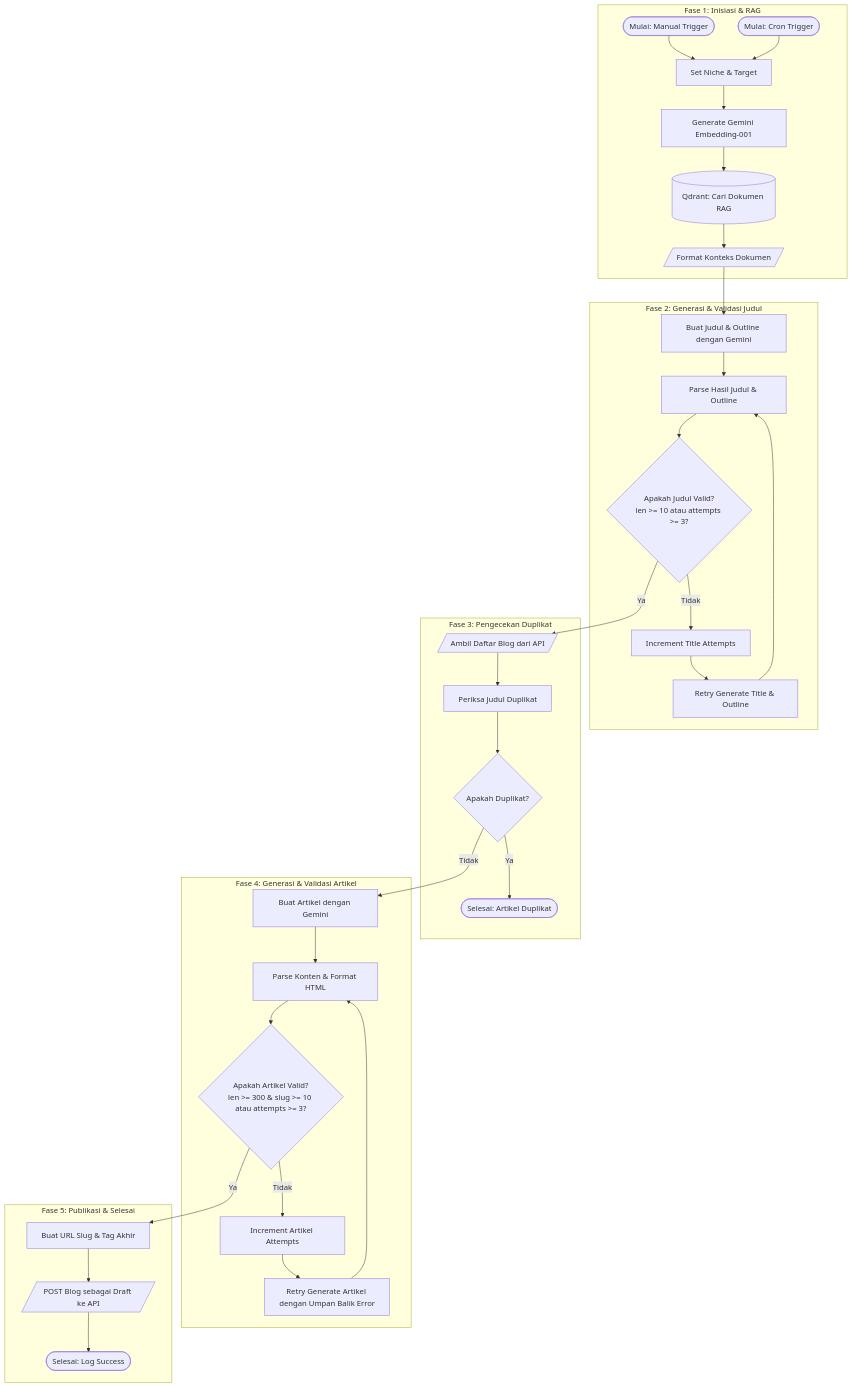
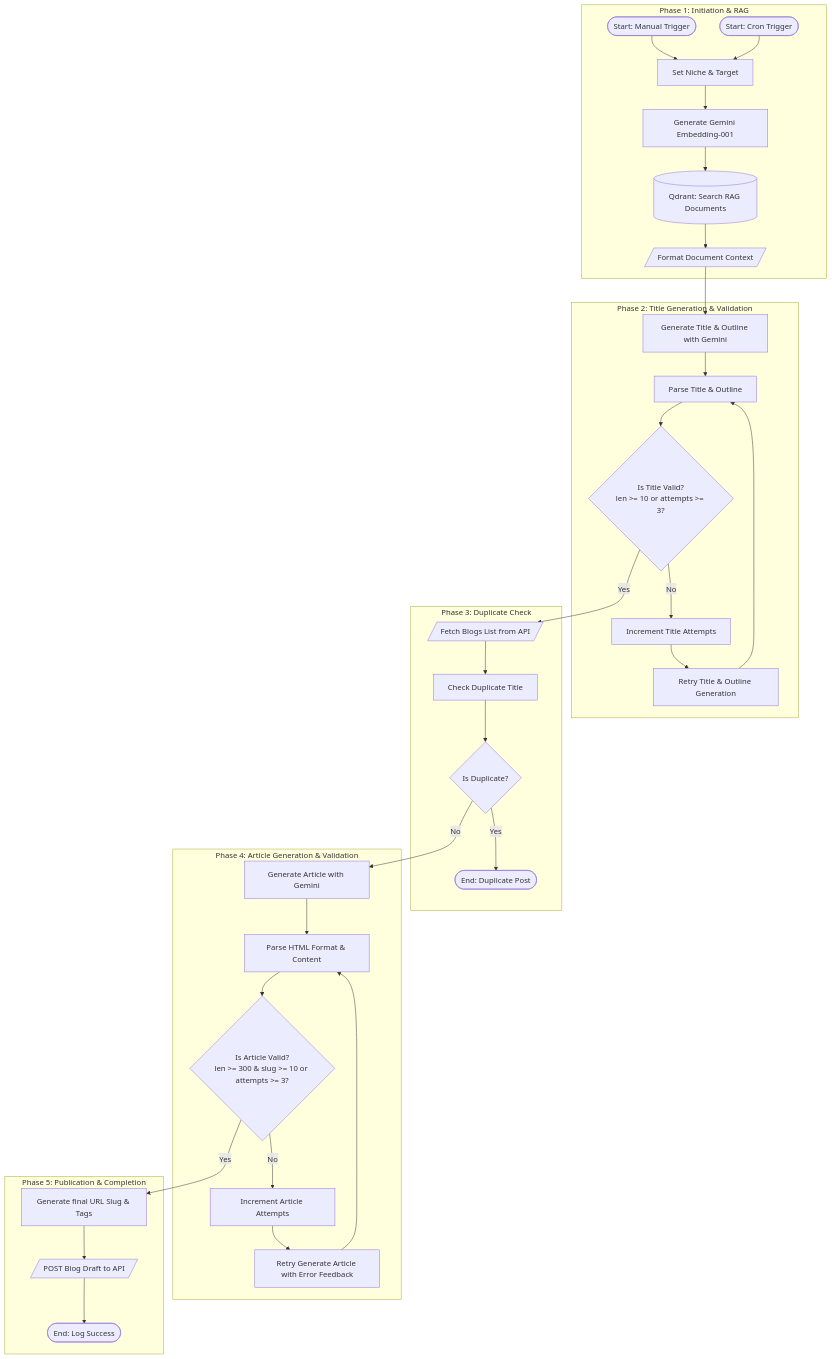
One commit to mikeu-dev/automation-workspaces changed the diagram in workspaces/blog-content-engine/README.md. Above: the diagram before and after it, drawn with Mermaid. The commit also changed other lines of this file and 3 other files, not shown here.

````diff
--- a/workspaces/blog-content-engine/README.md
+++ b/workspaces/blog-content-engine/README.md
@@ -21,49 +23,49 @@
 ```mermaid
 flowchart TD
-    %% Subgraph Fase 1: Inisiasi & RAG
-    subgraph Fase_1[Fase 1: Inisiasi & RAG]
-        Manual([Mulai: Manual Trigger])
-        Cron([Mulai: Cron Trigger])
+    %% Subgraph Phase 1: Initiation & RAG
+    subgraph Phase_1[Phase 1: Initiation & RAG]
+        Manual([Start: Manual Trigger])
+        Cron([Start: Cron Trigger])
         Niche[Set Niche & Target]
         Embed[Generate Gemini Embedding-001]
-        Qdrant[(Qdrant: Cari Dokumen RAG)]
-        Context[/Format Konteks Dokumen/]
+        Qdrant[(Qdrant: Search RAG Documents)]
+        Context[/Format Document Context/]
     end
 
-    %% Subgraph Fase 2: Generasi & Validasi Judul
-    subgraph Fase_2[Fase 2: Generasi & Validasi Judul]
-        GenTitle[Buat Judul & Outline dengan Gemini]
-        ParseTitle[Parse Hasil Judul & Outline]
-        ValTitle{Apakah Judul Valid?<br>len >= 10 atau attempts >= 3?}
+    %% Subgraph Phase 2: Title Generation & Validation
+    subgraph Phase_2[Phase 2: Title Generation & Validation]
+        GenTitle[Generate Title & Outline with Gemini]
+        ParseTitle[Parse Title & Outline]
+        ValTitle{Is Title Valid?<br>len >= 10 or attempts >= 3?}
         IncTitle[Increment Title Attempts]
-        RetryTitle[Retry Generate Title & Outline]
+        RetryTitle[Retry Title & Outline Generation]
     end
 
-    %% Subgraph Fase 3: Pengecekan Duplikat
-    subgraph Fase_3[Fase 3: Pengecekan Duplikat]
-        GetBlogs[/Ambil Daftar Blog dari API/]
-        CheckDup[Periksa Judul Duplikat]
-        IsDup{Apakah Duplikat?}
-        StopDup([Selesai: Artikel Duplikat])
+    %% Subgraph Phase 3: Duplicate Check
+    subgraph Phase_3[Phase 3: Duplicate Check]
+        GetBlogs[/Fetch Blogs List from API/]
+        CheckDup[Check Duplicate Title]
+        IsDup{Is Duplicate?}
+        StopDup([End: Duplicate Post])
     end
 
-    %% Subgraph Fase 4: Generasi & Validasi Artikel
-    subgraph Fase_4[Fase 4: Generasi & Validasi Artikel]
-        GenArt[Buat Artikel dengan Gemini]
-        ParseArt[Parse Konten & Format HTML]
-        ValArt{Apakah Artikel Valid?<br>len >= 300 & slug >= 10 atau attempts >= 3?}
-        IncArt[Increment Artikel Attempts]
-        RetryArt[Retry Generate Artikel dengan Umpan Balik Error]
+    %% Subgraph Phase 4: Article Generation & Validation
+    subgraph Phase_4[Phase 4: Article Generation & Validation]
+        GenArt[Generate Article with Gemini]
+        ParseArt[Parse HTML Format & Content]
+        ValArt{Is Article Valid?<br>len >= 300 & slug >= 10 or attempts >= 3?}
+        IncArt[Increment Article Attempts]
+        RetryArt[Retry Generate Article with Error Feedback]
     end
 
-    %% Subgraph Fase 5: Publikasi & Selesai
-    subgraph Fase_5[Fase 5: Publikasi & Selesai]
-        Slug[Buat URL Slug & Tag Akhir]
-        Post[/POST Blog sebagai Draft ke API/]
-        End([Selesai: Log Success])
+    %% Subgraph Phase 5: Publication & Completion
+    subgraph Phase_5[Phase 5: Publication & Completion]
+        Slug[Generate final URL Slug & Tags]
+        Post[/POST Blog Draft to API/]
+        End([End: Log Success])
     end
 
-    %% Alur Hubungan Antar Node
+    %% Node Connections
     Manual --> Niche
     Cron --> Niche
     Niche --> Embed
@@ -74,31 +76,31 @@
     GenTitle --> ParseTitle
     ParseTitle --> ValTitle
     
-    %% Loop Validasi Judul
-    ValTitle -- Tidak --> IncTitle
+    %% Title Validation Loop
+    ValTitle -- No --> IncTitle
     IncTitle --> RetryTitle
     RetryTitle --> ParseTitle
     
-    %% Alur Pasca Validasi Judul
-    ValTitle -- Ya --> GetBlogs
+    %% Post-Title Validation Flow
+    ValTitle -- Yes --> GetBlogs
     GetBlogs --> CheckDup
     CheckDup --> IsDup
     
-    %% Percabangan Duplikasi
-    IsDup -- Ya --> StopDup
-    IsDup -- Tidak --> GenArt
+    %% Duplicate Branching
+    IsDup -- Yes --> StopDup
+    IsDup -- No --> GenArt
     
-    %% Alur Generasi Artikel
+    %% Article Generation Flow
     GenArt --> ParseArt
     ParseArt --> ValArt
     
-    %% Loop Validasi Artikel
-    ValArt -- Tidak --> IncArt
+    %% Article Validation Loop
+    ValArt -- No --> IncArt
     IncArt --> RetryArt
     RetryArt --> ParseArt
     
-    %% Alur Akhir
-    ValArt -- Ya --> Slug
+    %% Final Flow
+    ValArt -- Yes --> Slug
     Slug --> Post
     Post --> End
 ```
````
